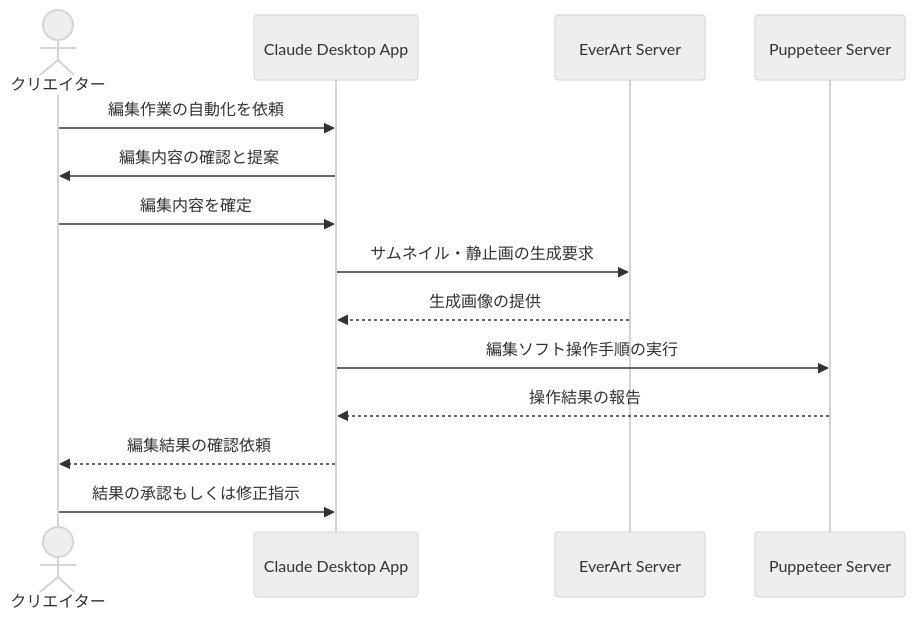
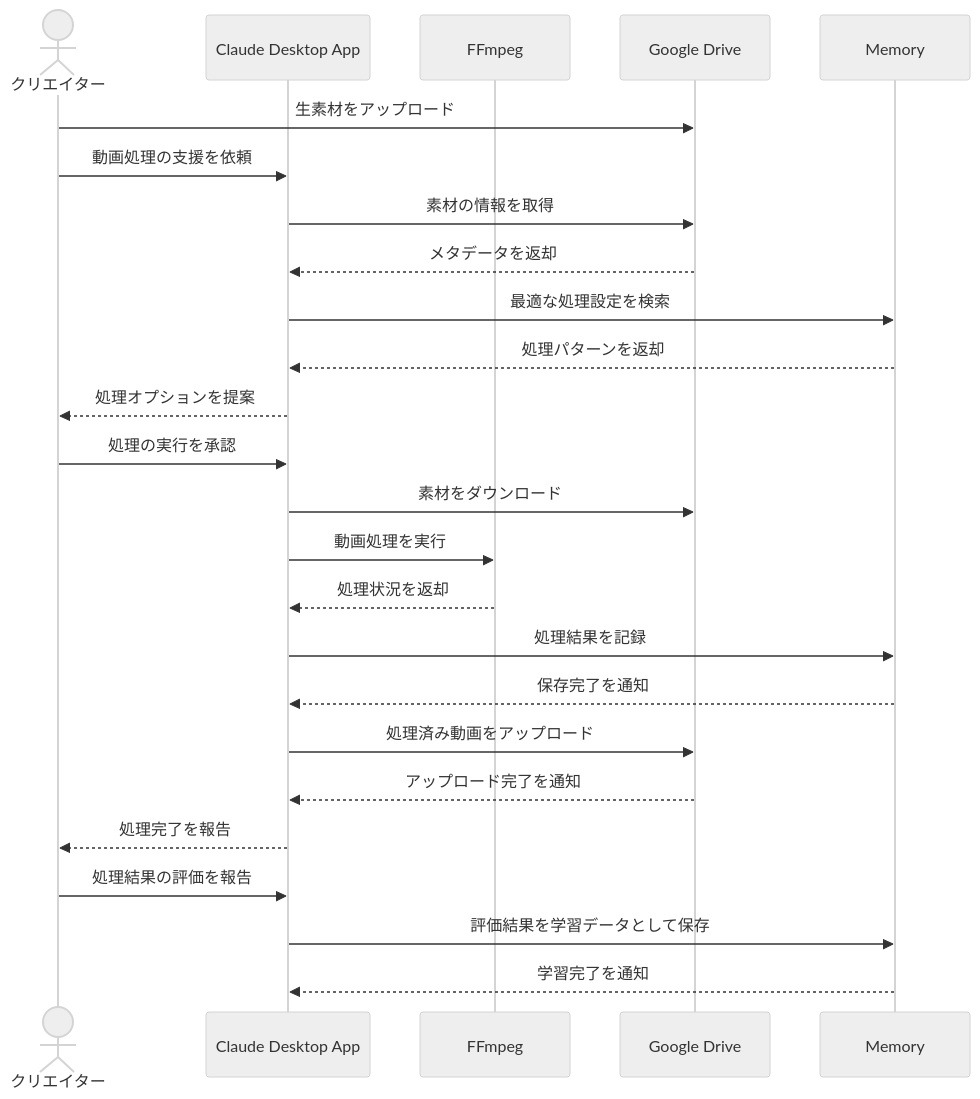
One commit to po-shu/mcp-100-ideas changed the diagram in docs/05_SNS発信/動画編集の作業効率を改善する.md. Above: the diagram before and after it, drawn with Mermaid (neutral theme). The commit also changed other lines of this file and 9 other files, not shown here.

````diff
--- a/docs/05_SNS発信/動画編集の作業効率を改善する.md
+++ b/docs/05_SNS発信/動画編集の作業効率を改善する.md
@@ -17,20 +17,28 @@
 ```mermaid
 sequenceDiagram
     actor User as クリエイター
-    participant Claude as Claude Desktop App
-    participant EverArt as EverArt Server
-    participant Puppeteer as Puppeteer Server
-    
-    User->>Claude: 編集作業の自動化を依頼
-    Claude->>User: 編集内容の確認と提案
-    User->>Claude: 編集内容を確定
-    
-    Claude->>EverArt: サムネイル・静止画の生成要求
-    EverArt-->>Claude: 生成画像の提供
-    
-    Claude->>Puppeteer: 編集ソフト操作手順の実行
-    Puppeteer-->>Claude: 操作結果の報告
-    
-    Claude-->>User: 編集結果の確認依頼
-    User->>Claude: 結果の承認もしくは修正指示
+    participant CAP as Claude Desktop App
+    participant FFmpeg as FFmpeg
+    participant GDrive as Google Drive
+    participant Memory as Memory
+
+    User->>GDrive: 生素材をアップロード
+    User->>CAP: 動画処理の支援を依頼
+    CAP->>GDrive: 素材の情報を取得
+    GDrive-->>CAP: メタデータを返却
+    CAP->>Memory: 最適な処理設定を検索
+    Memory-->>CAP: 処理パターンを返却
+    CAP-->>User: 処理オプションを提案
+    User->>CAP: 処理の実行を承認
+    CAP->>GDrive: 素材をダウンロード
+    CAP->>FFmpeg: 動画処理を実行
+    FFmpeg-->>CAP: 処理状況を返却
+    CAP->>Memory: 処理結果を記録
+    Memory-->>CAP: 保存完了を通知
+    CAP->>GDrive: 処理済み動画をアップロード
+    GDrive-->>CAP: アップロード完了を通知
+    CAP-->>User: 処理完了を報告
+    User->>CAP: 処理結果の評価を報告
+    CAP->>Memory: 評価結果を学習データとして保存
+    Memory-->>CAP: 学習完了を通知
 ```
````
